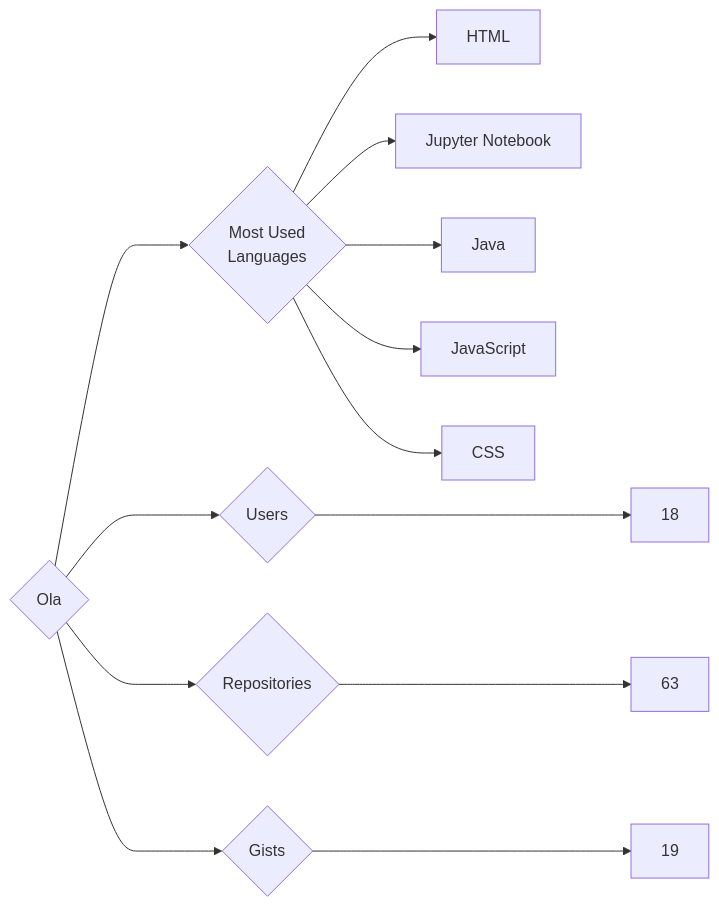
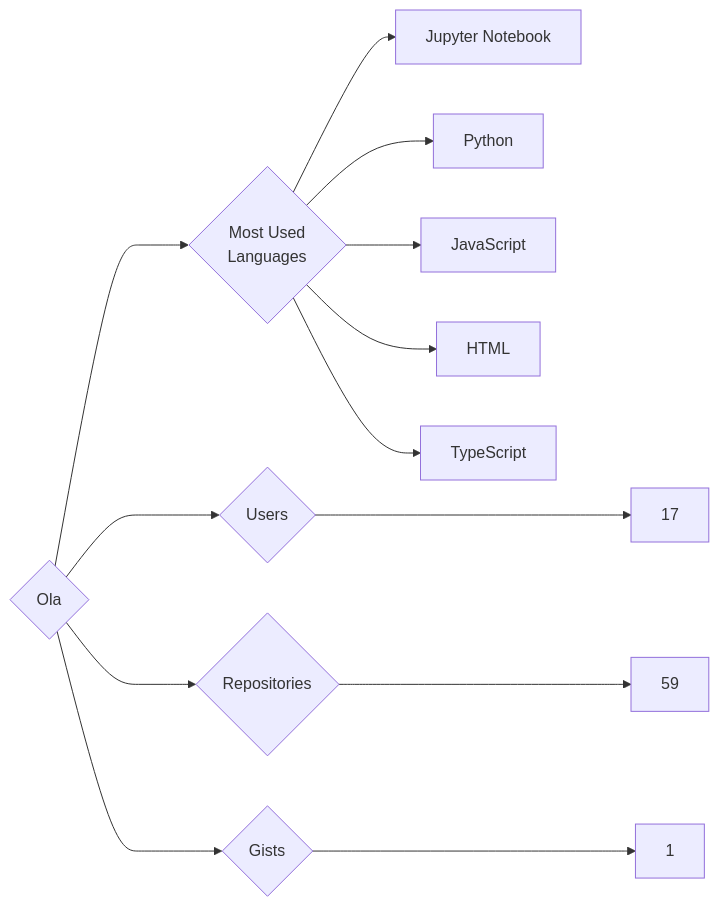
The diagram in targets/Ola/README.md (trickest/insiders), drawn with Mermaid before and after one commit. The commit also changed 912 other files, not shown here.

````diff
--- a/targets/Ola/README.md
+++ b/targets/Ola/README.md
@@ -3,13 +3,13 @@
 ```mermaid
 graph LR
 COMPANY_NAME{Ola}
-COMPANY_NAME ---> U{Users} ---> UN[18]
-COMPANY_NAME ---> R{Repositories} ---> RN[63]
-COMPANY_NAME ---> G{Gists} ---> GN[19]
+COMPANY_NAME ---> U{Users} ---> UN[17]
+COMPANY_NAME ---> R{Repositories} ---> RN[59]
+COMPANY_NAME ---> G{Gists} ---> GN[1]
 COMPANY_NAME ---> ML{Most Used<br>Languages}
+ML --> Jupyter_Notebook[Jupyter Notebook]
+ML --> Python[Python]
+ML --> JavaScript[JavaScript]
 ML --> HTML[HTML]
-ML --> Jupyter_Notebook[Jupyter Notebook]
-ML --> Java[Java]
-ML --> JavaScript[JavaScript]
-ML --> CSS[CSS]
+ML --> TypeScript[TypeScript]
 ```
````
